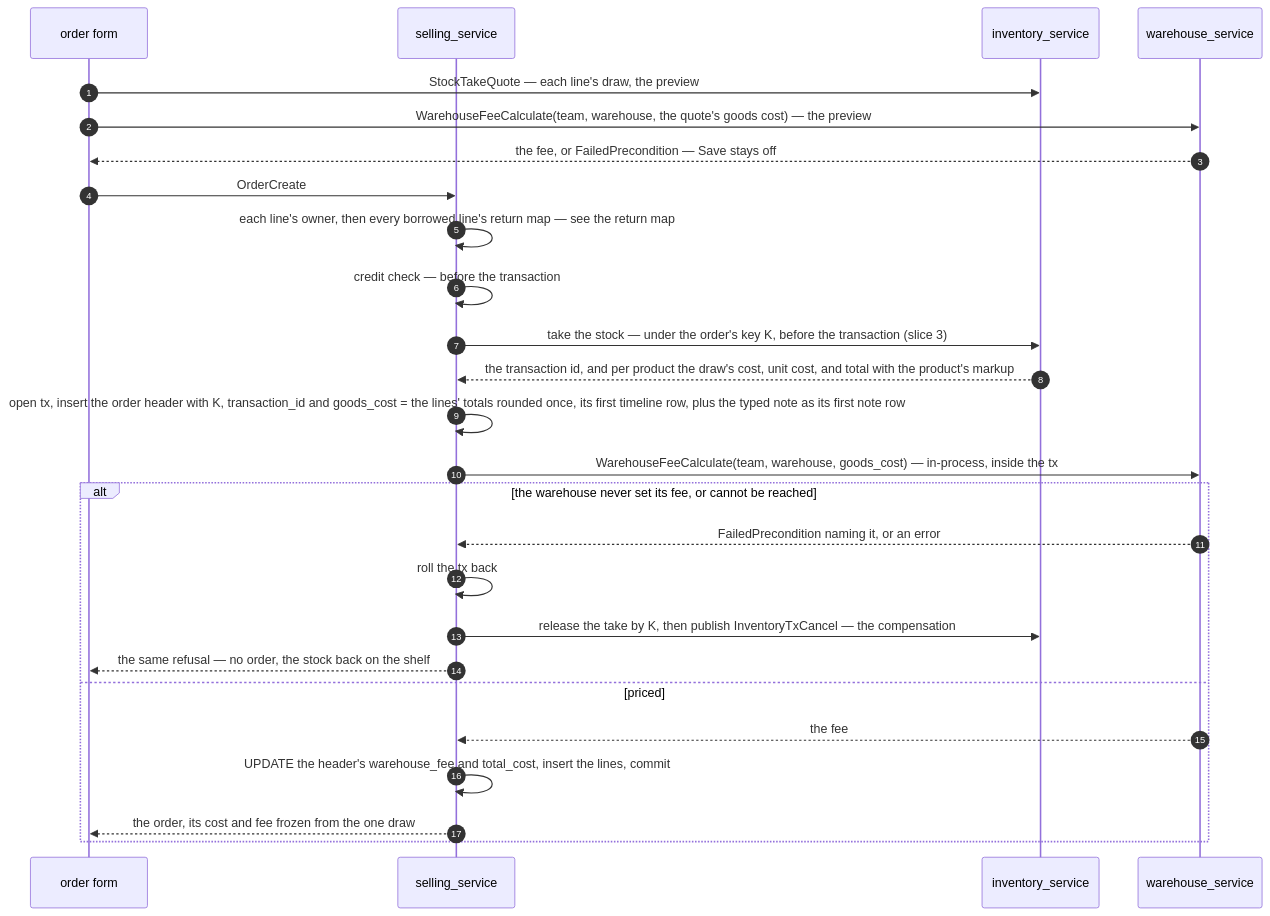
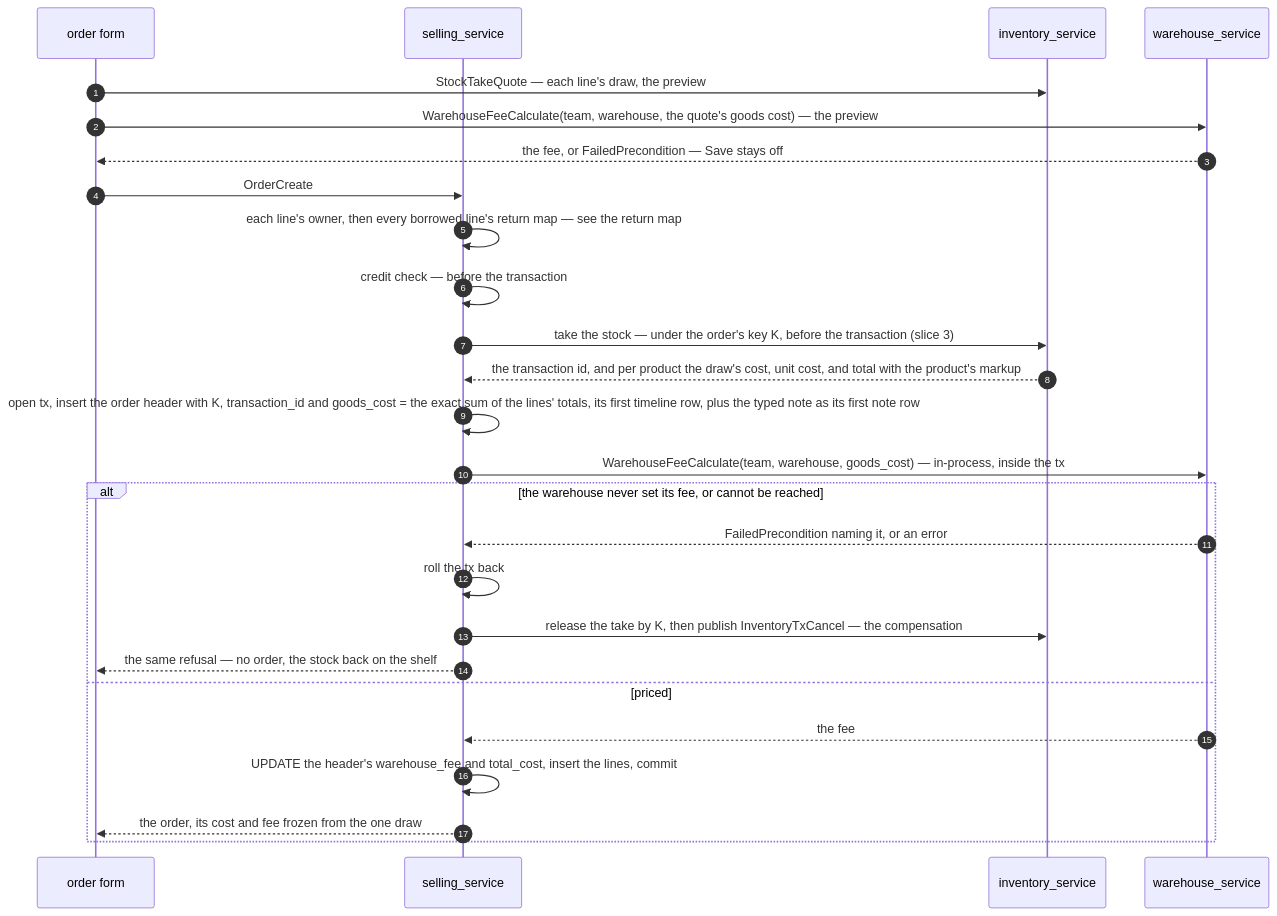
Before and after one commit to pdcgo/warehouse_revamp: the eighth of 26 diagrams in docs/services/selling_service/rpc.md, drawn with Mermaid. The commit also changed other lines of this file and 445 other files, not shown here.

````diff
--- a/docs/services/selling_service/rpc.md
+++ b/docs/services/selling_service/rpc.md
@@ -362,29 +362,29 @@
 ```mermaid
 sequenceDiagram
     autonumber
     participant UI as order form
     participant SELL as selling_service
     participant INV as inventory_service
     participant WH as warehouse_service
 
     UI->>INV: StockTakeQuote — each line's draw, the preview
     UI->>WH: WarehouseFeeCalculate(team, warehouse, the quote's goods cost) — the preview
     WH-->>UI: the fee, or FailedPrecondition — Save stays off
     UI->>SELL: OrderCreate
     SELL->>SELL: each line's owner, then every borrowed line's return map — see the return map
     SELL->>SELL: credit check — before the transaction
     SELL->>INV: take the stock — under the order's key K, before the transaction (slice 3)
     INV-->>SELL: the transaction id, and per product the draw's cost, unit cost, and total with the product's markup
-    SELL->>SELL: open tx, insert the order header with K, transaction_id and goods_cost = the lines' totals rounded once, its first timeline row, plus the typed note as its first note row
+    SELL->>SELL: open tx, insert the order header with K, transaction_id and goods_cost = the exact sum of the lines' totals, its first timeline row, plus the typed note as its first note row
     SELL->>WH: WarehouseFeeCalculate(team, warehouse, goods_cost) — in-process, inside the tx
     alt the warehouse never set its fee, or cannot be reached
         WH-->>SELL: FailedPrecondition naming it, or an error
         SELL->>SELL: roll the tx back
         SELL->>INV: release the take by K, then publish InventoryTxCancel — the compensation
         SELL-->>UI: the same refusal — no order, the stock back on the shelf
     else priced
         WH-->>SELL: the fee
         SELL->>SELL: UPDATE the header's warehouse_fee and total_cost, insert the lines, commit
         SELL-->>UI: the order, its cost and fee frozen from the one draw
     end
 ```
````
